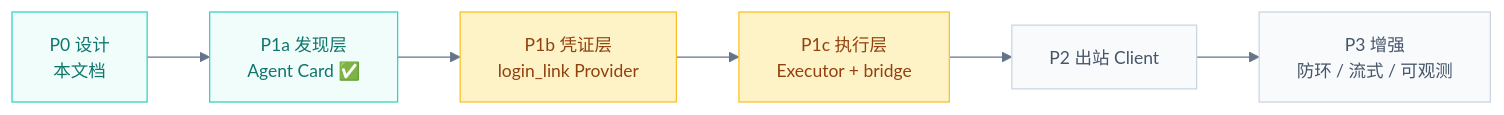
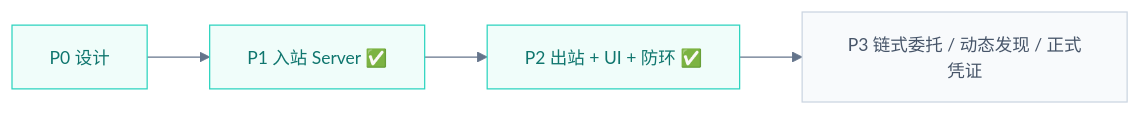
The third of 3 diagrams in docs/Hubloom-A2A互联.md (Zhong-y-j/Hubloom), drawn with Mermaid before and after one commit. The commit also changed other lines of this file and 19 other files, not shown here.

````diff
--- a/docs/Hubloom-A2A互联.md
+++ b/docs/Hubloom-A2A互联.md
@@ -590,17 +393,12 @@
 ```mermaid
 %%{init: {"theme":"base","themeVariables":{"background":"#ffffff","primaryColor":"#ffffff","primaryBorderColor":"#cbd5e1","primaryTextColor":"#1e293b","lineColor":"#64748b","fontSize":"14px"}}}%%
 flowchart LR
-    P0["P0 设计<br/>本文档"] --> P1a["P1a 发现层<br/>Agent Card ✅"]
-    P1a --> P1b["P1b 凭证层<br/>login_link Provider"]
-    P1b --> P1c["P1c 执行层<br/>Executor + bridge"]
-    P1c --> P2["P2 出站 Client"]
-    P2 --> P3["P3 增强<br/>防环 / 流式 / 可观测"]
+    P0["P0 设计"] --> P1["P1 入站 Server ✅"]
+    P1 --> P2["P2 出站 + UI + 防环 ✅"]
+    P2 --> P3["P3 链式委托 / 动态发现 / 正式凭证"]
 
     classDef done fill:#f0fdfa,stroke:#2dd4bf,color:#0f766e
-    classDef next fill:#fef3c7,stroke:#fbbf24,color:#92400e
     classDef later fill:#f8fafc,stroke:#cbd5e1,color:#475569
-
-    class P0,P1a done
-    class P1b,P1c next
-    class P2,P3 later
+    class P0,P1,P2 done
+    class P3 later
 ```
````
